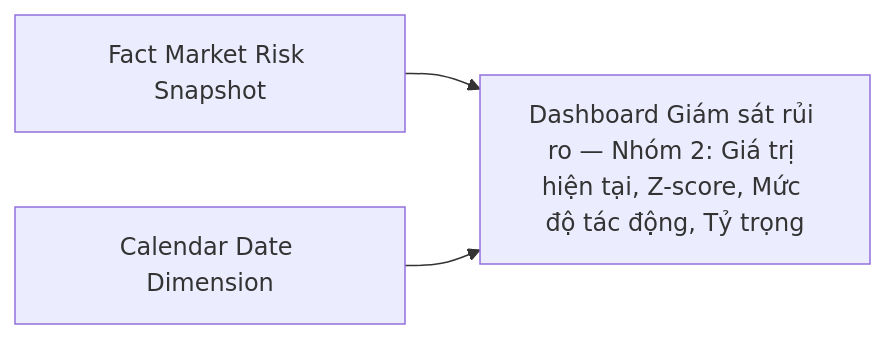
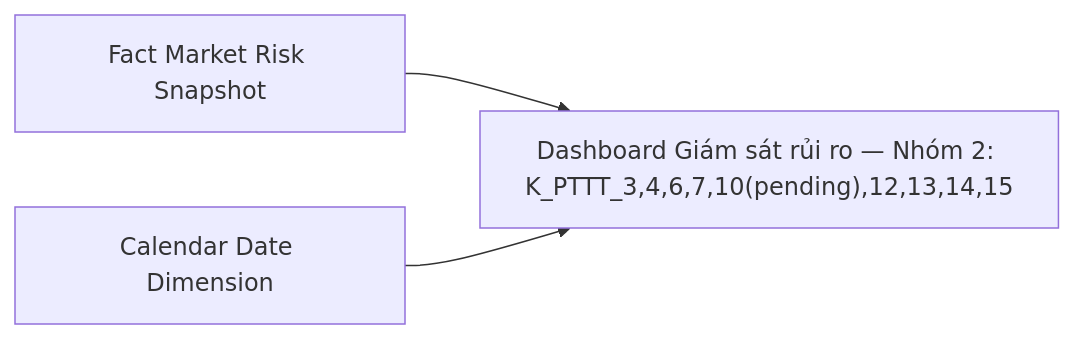
Before and after one commit to linhlvit/ubck_atomic_design: diagram 15 of 54 in Datamart/hld/DTM_PTTT_HLD.md, drawn with Mermaid. The commit also changed other lines of this file and 5 other files, not shown here.

````diff
--- a/Datamart/hld/DTM_PTTT_HLD.md
+++ b/Datamart/hld/DTM_PTTT_HLD.md
@@ -616,5 +593,5 @@
 ```mermaid
 flowchart LR
-    fct_mkt_rsk_snpst["Fact Market Risk Snapshot"] --> rpt_nh2_dong_gop["Dashboard Giám sát rủi ro — Nhóm 2: Giá trị hiện tại, Z-score, Mức độ tác động, Tỷ trọng"]
+    fct_mkt_rsk_snpst["Fact Market Risk Snapshot"] --> rpt_nh2_dong_gop["Dashboard Giám sát rủi ro — Nhóm 2: K_PTTT_3,4,6,7,10(pending),12,13,14,15"]
     cdr_dt_dim["Calendar Date Dimension"] --> rpt_nh2_dong_gop
 ```
````
